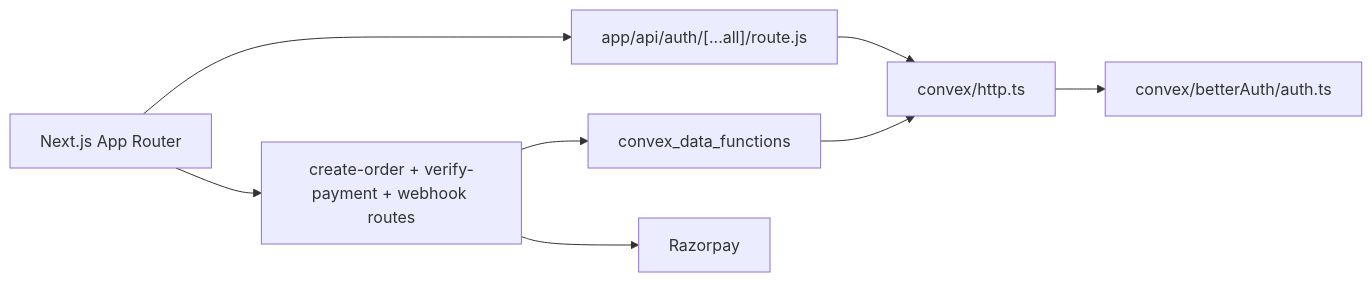
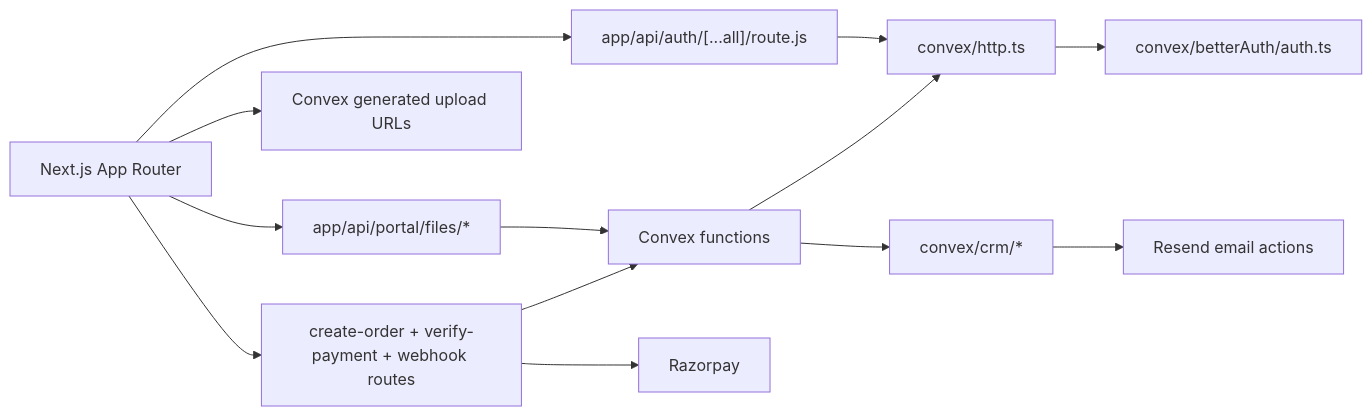
The diagram in docs/BACKEND_INFRASTRUCTURE.md (CitiusHolidays/website), drawn with Mermaid before and after one commit. The commit also changed other lines of this file and 24 other files, not shown here.

````diff
--- a/docs/BACKEND_INFRASTRUCTURE.md
+++ b/docs/BACKEND_INFRASTRUCTURE.md
@@ -7,15 +7,23 @@
 ```mermaid
 flowchart LR
   nextApp["Next.js App Router"]
   authRoute["app/api/auth/[...all]/route.js"]
+  portalRoutes["app/api/portal/files/*"]
+  convexUploadUrls["Convex generated upload URLs"]
   convexHttp["convex/http.ts"]
   betterAuthComponent["convex/betterAuth/auth.ts"]
-  convexData["convex_data_functions"]
+  convexData["Convex functions"]
+  crm["convex/crm/*"]
   paymentRoutes["create-order + verify-payment + webhook routes"]
+  email["Resend email actions"]
   razorpay["Razorpay"]
 
   nextApp --> authRoute --> convexHttp --> betterAuthComponent
+  nextApp --> portalRoutes --> convexData
+  nextApp --> convexUploadUrls
   nextApp --> paymentRoutes --> convexData
+  convexData --> crm
+  crm --> email
   paymentRoutes --> razorpay
   convexData --> convexHttp
 ```
````
